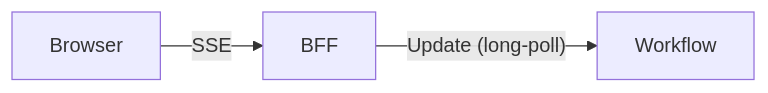
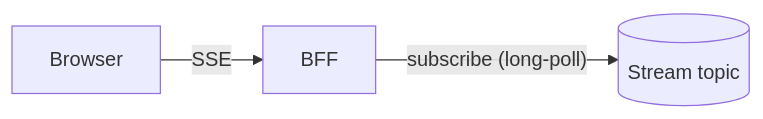
One commit to jssmith/temporal-streaming-agents-samples changed the fourth of 4 diagrams in README.md. Above: the diagram before and after it, drawn with Mermaid. The commit also changed other lines of this file and 99 other files, not shown here.

````diff
--- a/README.md
+++ b/README.md
@@ -151,5 +147,5 @@
 ```mermaid
 flowchart LR
     B[Browser] -->|SSE| BFF[BFF]
-    BFF -->|"Update (long-poll)"| W[Workflow]
+    BFF -->|"subscribe (long-poll)"| Topic[(Stream topic)]
 ```
````
